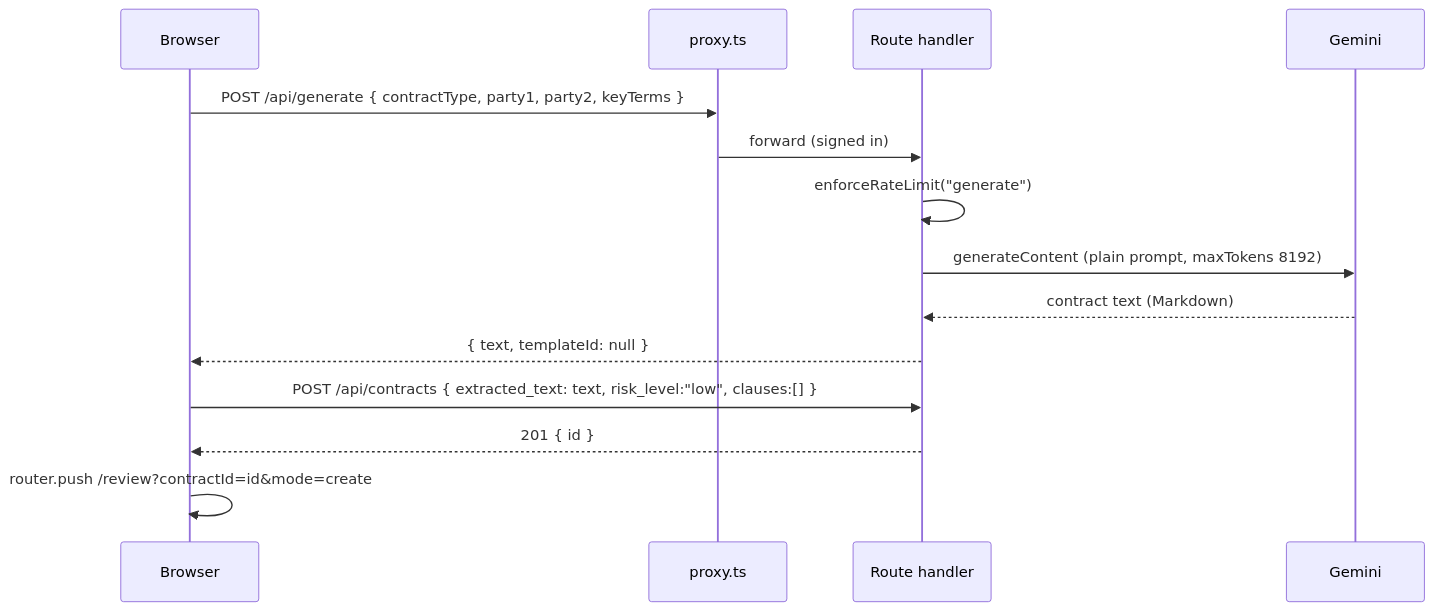
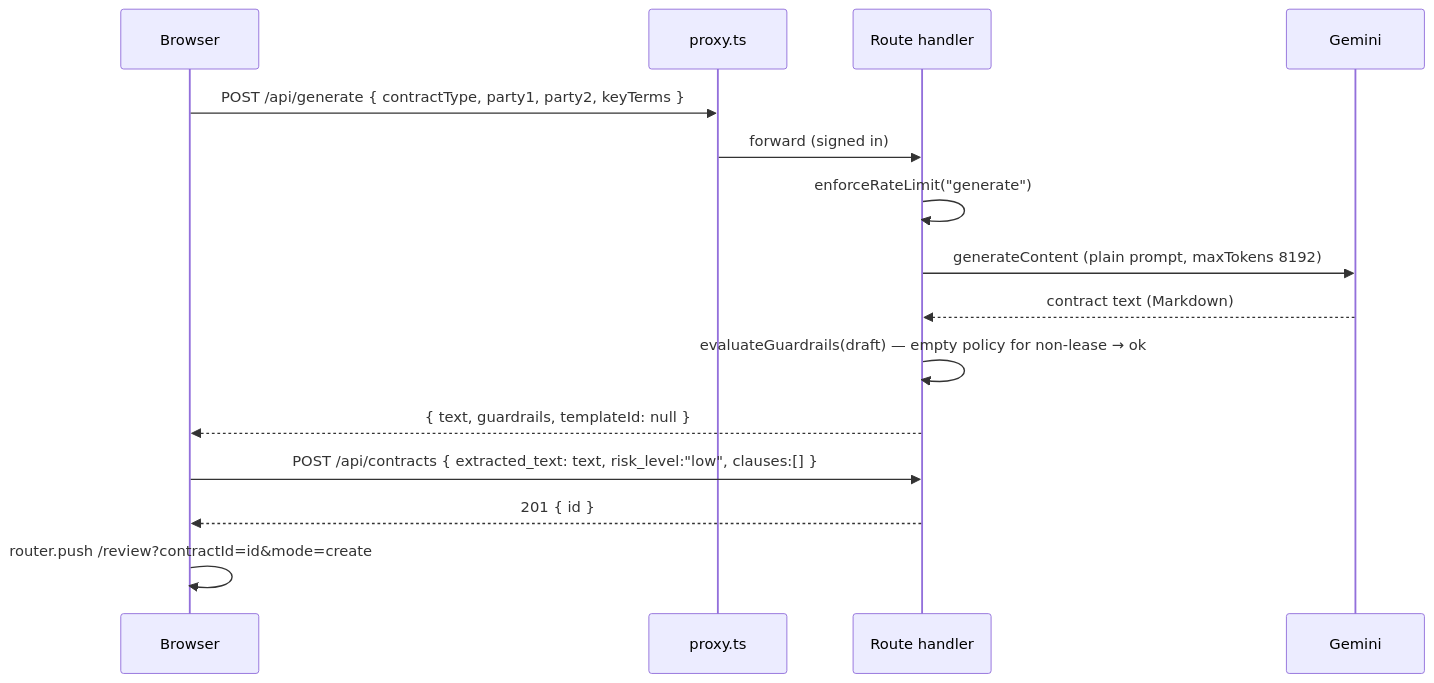
One commit to getlexora-ai/lexora changed the sixth of 9 diagrams in docs/workflows/b-getting-a-contract-in.md. Above: the diagram before and after it, drawn with Mermaid. The commit also changed other lines of this file and 7 other files, not shown here.

````diff
--- a/docs/workflows/b-getting-a-contract-in.md
+++ b/docs/workflows/b-getting-a-contract-in.md
@@ -418,16 +428,17 @@
 ```mermaid
 sequenceDiagram
   participant B as Browser
   participant MW as proxy.ts
   participant API as Route handler
   participant GM as Gemini
   B->>MW: POST /api/generate { contractType, party1, party2, keyTerms }
   MW->>API: forward (signed in)
   API->>API: enforceRateLimit("generate")
   API->>GM: generateContent (plain prompt, maxTokens 8192)
   GM-->>API: contract text (Markdown)
-  API-->>B: { text, templateId: null }
+  API->>API: evaluateGuardrails(draft) — empty policy for non-lease → ok
+  API-->>B: { text, guardrails, templateId: null }
   B->>API: POST /api/contracts { extracted_text: text, risk_level:"low", clauses:[] }
   API-->>B: 201 { id }
   B->>B: router.push /review?contractId=id&mode=create
 ```
````
